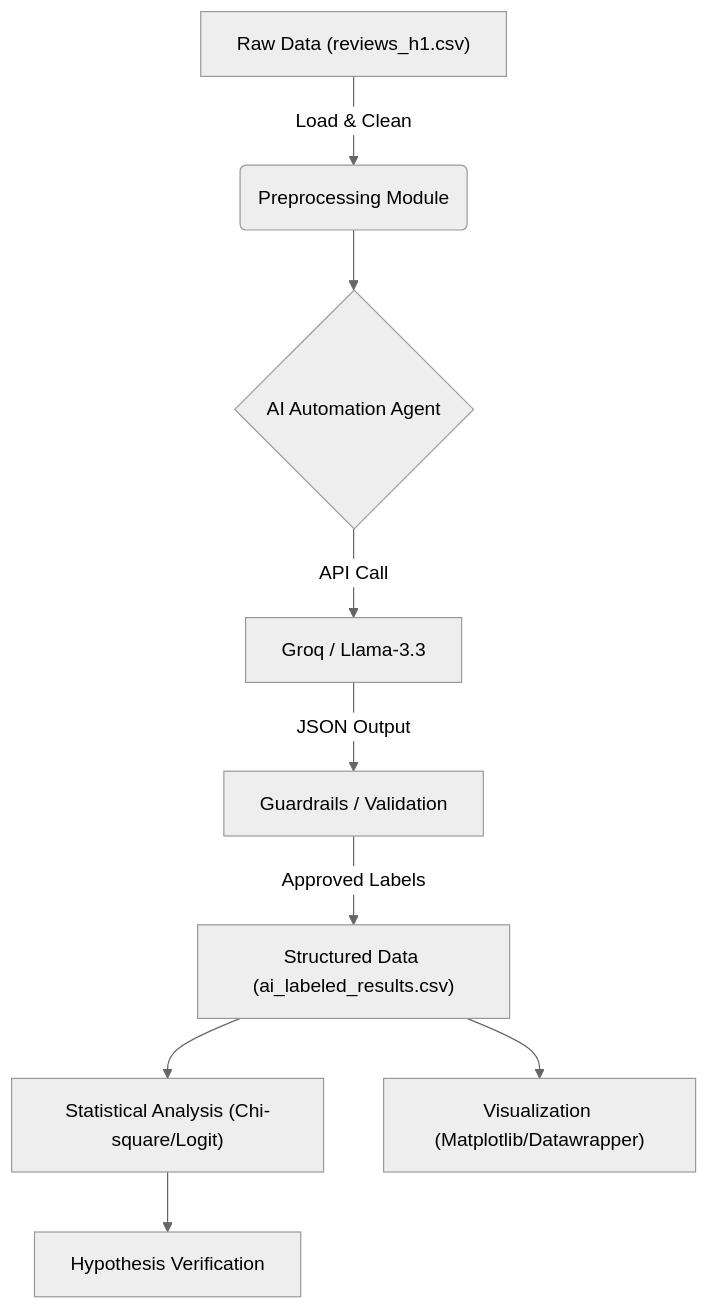
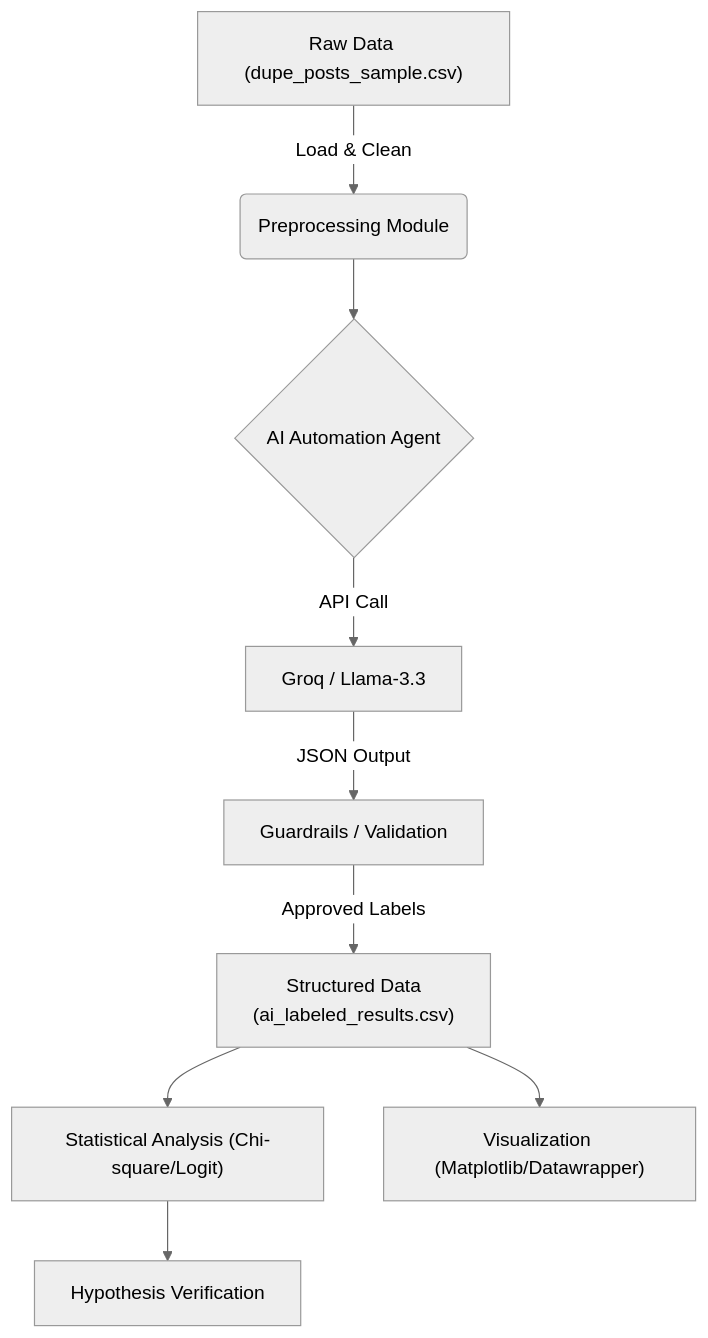
The diagram in README.md (mengjenmiyalin/dupe-analysis-demo), drawn with Mermaid (neutral theme) before and after one commit. The commit also changed other lines of this file, not shown here.

````diff
--- a/README.md
+++ b/README.md
@@ -51,11 +51,11 @@
 ```mermaid
 graph TD
-    A["Raw Data (reviews_h1.csv)"] -->|Load & Clean| B("Preprocessing Module")
+    A["Raw Data (dupe_posts_sample.csv)"] -->|Load & Clean| B("Preprocessing Module")
     B --> C{"AI Automation Agent"}
     C -->|API Call| D["Groq / Llama-3.3"]
     D -->|JSON Output| E["Guardrails / Validation"]
-    E -->|Approved Labels| F["Structured Data (ai_labeled_results.csv)"]
+    E -->|Approved Labels| F["Structured Data<br/> (ai_labeled_results.csv)"]
     F --> G["Statistical Analysis (Chi-square/Logit)"]
     F --> H["Visualization (Matplotlib/Datawrapper)"]
     G --> I["Hypothesis Verification"]
 ```
````
